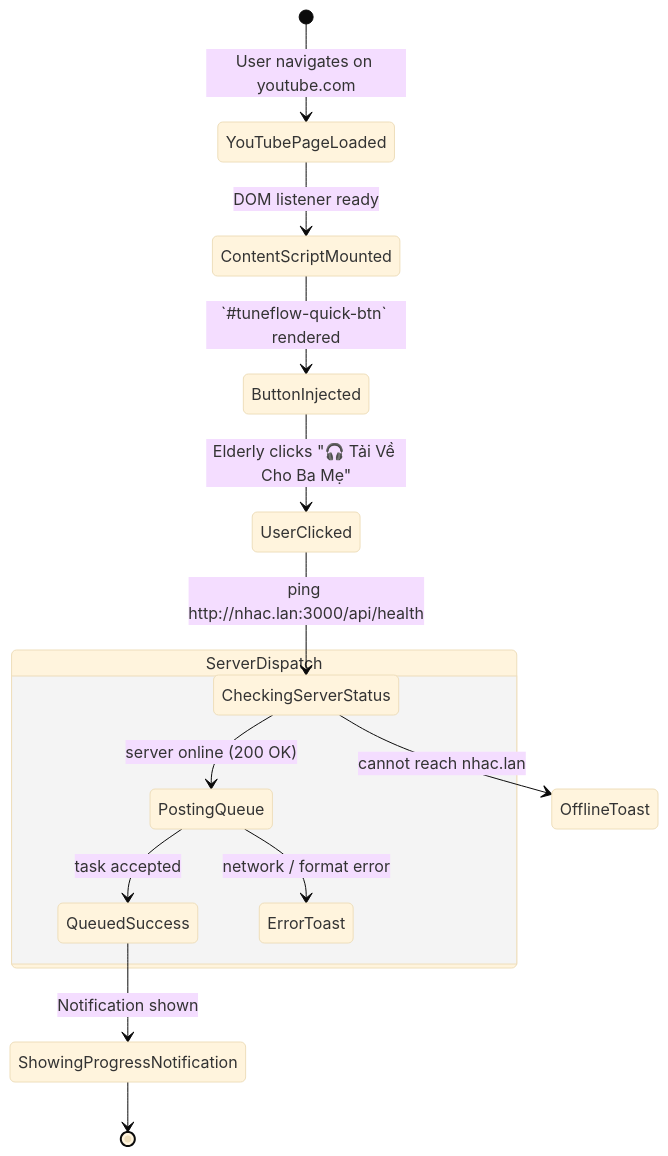
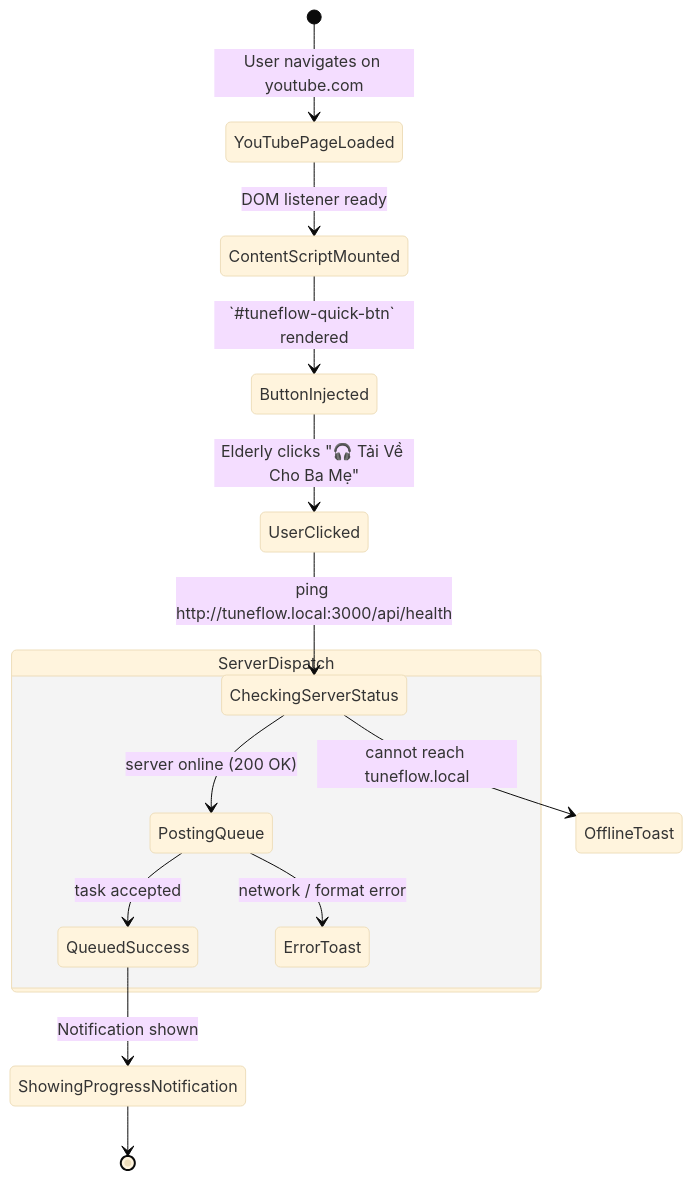
The diagram in docs/fsm/FSM-Phase6-Browser-Extension.md (tamld/tuneflow), drawn with Mermaid (base theme) before and after one commit. The commit also changed 30 other files, not shown here.

````diff
--- a/docs/fsm/FSM-Phase6-Browser-Extension.md
+++ b/docs/fsm/FSM-Phase6-Browser-Extension.md
@@ -3,20 +3,20 @@
 ```mermaid
 stateDiagram-v2
     [*] --> YouTubePageLoaded: User navigates on youtube.com
     YouTubePageLoaded --> ContentScriptMounted: DOM listener ready
     ContentScriptMounted --> ButtonInjected: `#tuneflow-quick-btn` rendered
     
     ButtonInjected --> UserClicked: Elderly clicks "🎧 Tải Về Cho Ba Mẹ"
-    UserClicked --> CheckingServerStatus: ping http://nhac.lan:3000/api/health
+    UserClicked --> CheckingServerStatus: ping http://tuneflow.local:3000/api/health
     
     state ServerDispatch {
         CheckingServerStatus --> PostingQueue: server online (200 OK)
         PostingQueue --> QueuedSuccess: task accepted
         PostingQueue --> ErrorToast: network / format error
     }
     
-    CheckingServerStatus --> OfflineToast: cannot reach nhac.lan
+    CheckingServerStatus --> OfflineToast: cannot reach tuneflow.local
     
     QueuedSuccess --> ShowingProgressNotification: Notification shown
     ShowingProgressNotification --> [*]
 ```
````
